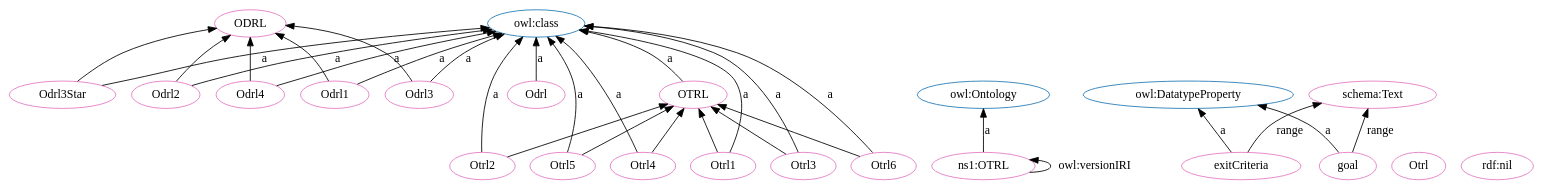
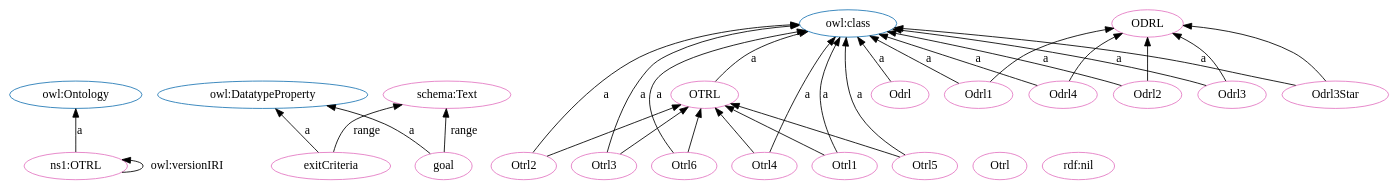
The diagram in OTRL.dot (OPEN-NEXT/OKH-LOSH), drawn with Graphviz before and after one commit. The commit also changed other lines of this file and 16 other files, not shown here.

```diff
--- a/OTRL.dot
+++ b/OTRL.dot
@@ -1,59 +1,59 @@
 digraph G {
   rankdir=BT
   node[height=.3]
-"http://purl.org/oseg/ontologies/OTRL#ODRL" [fillcolor="#1f77b4" color="#1f77b4" label="ODRL"]
-"http://www.w3.org/2002/07/owl#class" [fillcolor="#1f77b4" color="#1f77b4" label="owl:class"]
 "http://www.w3.org/2002/07/owl#Ontology" [fillcolor="#1f77b4" color="#1f77b4" label="owl:Ontology"]
 "http://www.w3.org/2002/07/owl#DatatypeProperty" [fillcolor="#1f77b4" color="#1f77b4" label="owl:DatatypeProperty"]
+"http://www.w3.org/2002/07/owl#class" [fillcolor="#1f77b4" color="#1f77b4" label="owl:class"]
+"http://purl.org/oseg/ontologies/OTRL#ODRL" [fillcolor="#1f77b4" color="#1f77b4" label="ODRL"]
 "http://purl.org/oseg/ontologies/OTRL#OTRL" [fillcolor="#1f77b4" color="#1f77b4" label="OTRL"]
-"http://purl.org/oseg/ontologies/OTRL#Odrl3Star" [fillcolor="#e377c2" color="#e377c2" label="Odrl3Star"]
+"http://purl.org/oseg/ontologies/OTRL#Otrl6" [fillcolor="#e377c2" color="#e377c2" label="Otrl6"]
+"http://purl.org/oseg/ontologies/OTRL#exitCriteria" [fillcolor="#e377c2" color="#e377c2" label="exitCriteria"]
+"http://purl.org/oseg/ontologies/OTRL" [fillcolor="#e377c2" color="#e377c2" label="ns1:OTRL"]
+"http://purl.org/oseg/ontologies/OTRL#Otrl" [fillcolor="#e377c2" color="#e377c2" label="Otrl"]
+"http://purl.org/oseg/ontologies/OTRL#goal" [fillcolor="#e377c2" color="#e377c2" label="goal"]
 "http://purl.org/oseg/ontologies/OTRL#OTRL" [fillcolor="#e377c2" color="#e377c2" label="OTRL"]
+"http://purl.org/oseg/ontologies/OTRL#Otrl4" [fillcolor="#e377c2" color="#e377c2" label="Otrl4"]
+"http://purl.org/oseg/ontologies/OTRL#Odrl1" [fillcolor="#e377c2" color="#e377c2" label="Odrl1"]
+"http://www.w3.org/1999/02/22-rdf-syntax-ns#nil" [fillcolor="#e377c2" color="#e377c2" label="rdf:nil"]
+"http://purl.org/oseg/ontologies/OTRL#Odrl" [fillcolor="#e377c2" color="#e377c2" label="Odrl"]
+"http://purl.org/oseg/ontologies/OTRL#Otrl1" [fillcolor="#e377c2" color="#e377c2" label="Otrl1"]
+"http://purl.org/oseg/ontologies/OTRL#Odrl4" [fillcolor="#e377c2" color="#e377c2" label="Odrl4"]
 "http://purl.org/oseg/ontologies/OTRL#ODRL" [fillcolor="#e377c2" color="#e377c2" label="ODRL"]
-"http://schema.org/Text" [fillcolor="#e377c2" color="#e377c2" label="schema:Text"]
-"http://purl.org/oseg/ontologies/OTRL#Odrl" [fillcolor="#e377c2" color="#e377c2" label="Odrl"]
-"http://purl.org/oseg/ontologies/OTRL#Otrl2" [fillcolor="#e377c2" color="#e377c2" label="Otrl2"]
-"http://purl.org/oseg/ontologies/OTRL#Otrl" [fillcolor="#e377c2" color="#e377c2" label="Otrl"]
-"http://purl.org/oseg/ontologies/OTRL#Odrl2" [fillcolor="#e377c2" color="#e377c2" label="Odrl2"]
-"http://www.w3.org/1999/02/22-rdf-syntax-ns#nil" [fillcolor="#e377c2" color="#e377c2" label="rdf:nil"]
-"http://purl.org/oseg/ontologies/OTRL" [fillcolor="#e377c2" color="#e377c2" label="ns1:OTRL"]
-"http://purl.org/oseg/ontologies/OTRL#Odrl4" [fillcolor="#e377c2" color="#e377c2" label="Odrl4"]
-"http://purl.org/oseg/ontologies/OTRL#Odrl1" [fillcolor="#e377c2" color="#e377c2" label="Odrl1"]
-"http://purl.org/oseg/ontologies/OTRL#exitCriteria" [fillcolor="#e377c2" color="#e377c2" label="exitCriteria"]
 "http://purl.org/oseg/ontologies/OTRL#Odrl3" [fillcolor="#e377c2" color="#e377c2" label="Odrl3"]
 "http://purl.org/oseg/ontologies/OTRL#Otrl5" [fillcolor="#e377c2" color="#e377c2" label="Otrl5"]
-"http://purl.org/oseg/ontologies/OTRL#Otrl4" [fillcolor="#e377c2" color="#e377c2" label="Otrl4"]
-"http://purl.org/oseg/ontologies/OTRL#Otrl1" [fillcolor="#e377c2" color="#e377c2" label="Otrl1"]
+"http://schema.org/Text" [fillcolor="#e377c2" color="#e377c2" label="schema:Text"]
+"http://purl.org/oseg/ontologies/OTRL#Otrl2" [fillcolor="#e377c2" color="#e377c2" label="Otrl2"]
+"http://purl.org/oseg/ontologies/OTRL#Odrl2" [fillcolor="#e377c2" color="#e377c2" label="Odrl2"]
 "http://purl.org/oseg/ontologies/OTRL#Otrl3" [fillcolor="#e377c2" color="#e377c2" label="Otrl3"]
-"http://purl.org/oseg/ontologies/OTRL#goal" [fillcolor="#e377c2" color="#e377c2" label="goal"]
-"http://purl.org/oseg/ontologies/OTRL#Otrl6" [fillcolor="#e377c2" color="#e377c2" label="Otrl6"]
-  "http://purl.org/oseg/ontologies/OTRL#OTRL" -> "http://www.w3.org/2002/07/owl#class" [label="a"]
-  "http://purl.org/oseg/ontologies/OTRL#Odrl1" -> "http://purl.org/oseg/ontologies/OTRL#ODRL" [label=""]
-  "http://purl.org/oseg/ontologies/OTRL#Otrl4" -> "http://purl.org/oseg/ontologies/OTRL#OTRL" [label=""]
-  "http://purl.org/oseg/ontologies/OTRL#Otrl6" -> "http://purl.org/oseg/ontologies/OTRL#OTRL" [label=""]
-  "http://purl.org/oseg/ontologies/OTRL#Otrl2" -> "http://www.w3.org/2002/07/owl#class" [label="a"]
-  "http://purl.org/oseg/ontologies/OTRL#Odrl4" -> "http://purl.org/oseg/ontologies/OTRL#ODRL" [label=""]
+"http://purl.org/oseg/ontologies/OTRL#Odrl3Star" [fillcolor="#e377c2" color="#e377c2" label="Odrl3Star"]
+  "http://purl.org/oseg/ontologies/OTRL#Otrl6" -> "http://www.w3.org/2002/07/owl#class" [label="a"]
+  "http://purl.org/oseg/ontologies/OTRL#exitCriteria" -> "http://www.w3.org/2002/07/owl#DatatypeProperty" [label="a"]
   "http://purl.org/oseg/ontologies/OTRL" -> "http://purl.org/oseg/ontologies/OTRL" [label="owl:versionIRI"]
-  "http://purl.org/oseg/ontologies/OTRL#Odrl4" -> "http://www.w3.org/2002/07/owl#class" [label="a"]
-  "http://purl.org/oseg/ontologies/OTRL#Otrl2" -> "http://purl.org/oseg/ontologies/OTRL#OTRL" [label=""]
+  "http://purl.org/oseg/ontologies/OTRL#goal" -> "http://www.w3.org/2002/07/owl#DatatypeProperty" [label="a"]
   "http://purl.org/oseg/ontologies/OTRL#Otrl4" -> "http://www.w3.org/2002/07/owl#class" [label="a"]
-  "http://purl.org/oseg/ontologies/OTRL#Otrl3" -> "http://www.w3.org/2002/07/owl#class" [label="a"]
-  "http://purl.org/oseg/ontologies/OTRL#Otrl6" -> "http://www.w3.org/2002/07/owl#class" [label="a"]
-  "http://purl.org/oseg/ontologies/OTRL#Odrl3Star" -> "http://www.w3.org/2002/07/owl#class" [label="a"]
-  "http://purl.org/oseg/ontologies/OTRL#goal" -> "http://schema.org/Text" [label="range"]
-  "http://purl.org/oseg/ontologies/OTRL#Odrl2" -> "http://purl.org/oseg/ontologies/OTRL#ODRL" [label=""]
-  "http://purl.org/oseg/ontologies/OTRL#Odrl" -> "http://www.w3.org/2002/07/owl#class" [label="a"]
-  "http://purl.org/oseg/ontologies/OTRL#Odrl2" -> "http://www.w3.org/2002/07/owl#class" [label="a"]
-  "http://purl.org/oseg/ontologies/OTRL#Odrl3" -> "http://purl.org/oseg/ontologies/OTRL#ODRL" [label=""]
-  "http://purl.org/oseg/ontologies/OTRL#Otrl3" -> "http://purl.org/oseg/ontologies/OTRL#OTRL" [label=""]
-  "http://purl.org/oseg/ontologies/OTRL#Odrl1" -> "http://www.w3.org/2002/07/owl#class" [label="a"]
-  "http://purl.org/oseg/ontologies/OTRL#exitCriteria" -> "http://www.w3.org/2002/07/owl#DatatypeProperty" [label="a"]
-  "http://purl.org/oseg/ontologies/OTRL" -> "http://www.w3.org/2002/07/owl#Ontology" [label="a"]
+  "http://purl.org/oseg/ontologies/OTRL#Odrl3Star" -> "http://purl.org/oseg/ontologies/OTRL#ODRL" [label=""]
   "http://purl.org/oseg/ontologies/OTRL#Odrl3" -> "http://www.w3.org/2002/07/owl#class" [label="a"]
   "http://purl.org/oseg/ontologies/OTRL#Otrl5" -> "http://www.w3.org/2002/07/owl#class" [label="a"]
-  "http://purl.org/oseg/ontologies/OTRL#Odrl3Star" -> "http://purl.org/oseg/ontologies/OTRL#ODRL" [label=""]
+  "http://purl.org/oseg/ontologies/OTRL#Odrl2" -> "http://purl.org/oseg/ontologies/OTRL#ODRL" [label=""]
+  "http://purl.org/oseg/ontologies/OTRL" -> "http://www.w3.org/2002/07/owl#Ontology" [label="a"]
+  "http://purl.org/oseg/ontologies/OTRL#Odrl4" -> "http://purl.org/oseg/ontologies/OTRL#ODRL" [label=""]
+  "http://purl.org/oseg/ontologies/OTRL#Odrl3" -> "http://purl.org/oseg/ontologies/OTRL#ODRL" [label=""]
+  "http://purl.org/oseg/ontologies/OTRL#Otrl2" -> "http://www.w3.org/2002/07/owl#class" [label="a"]
+  "http://purl.org/oseg/ontologies/OTRL#Odrl2" -> "http://www.w3.org/2002/07/owl#class" [label="a"]
+  "http://purl.org/oseg/ontologies/OTRL#Otrl3" -> "http://www.w3.org/2002/07/owl#class" [label="a"]
+  "http://purl.org/oseg/ontologies/OTRL#Otrl2" -> "http://purl.org/oseg/ontologies/OTRL#OTRL" [label=""]
+  "http://purl.org/oseg/ontologies/OTRL#Odrl1" -> "http://purl.org/oseg/ontologies/OTRL#ODRL" [label=""]
+  "http://purl.org/oseg/ontologies/OTRL#Otrl1" -> "http://purl.org/oseg/ontologies/OTRL#OTRL" [label=""]
+  "http://purl.org/oseg/ontologies/OTRL#Odrl3Star" -> "http://www.w3.org/2002/07/owl#class" [label="a"]
+  "http://purl.org/oseg/ontologies/OTRL#Otrl3" -> "http://purl.org/oseg/ontologies/OTRL#OTRL" [label=""]
+  "http://purl.org/oseg/ontologies/OTRL#OTRL" -> "http://www.w3.org/2002/07/owl#class" [label="a"]
+  "http://purl.org/oseg/ontologies/OTRL#Odrl1" -> "http://www.w3.org/2002/07/owl#class" [label="a"]
+  "http://purl.org/oseg/ontologies/OTRL#Otrl1" -> "http://www.w3.org/2002/07/owl#class" [label="a"]
+  "http://purl.org/oseg/ontologies/OTRL#Odrl4" -> "http://www.w3.org/2002/07/owl#class" [label="a"]
+  "http://purl.org/oseg/ontologies/OTRL#exitCriteria" -> "http://schema.org/Text" [label="range"]
+  "http://purl.org/oseg/ontologies/OTRL#goal" -> "http://schema.org/Text" [label="range"]
+  "http://purl.org/oseg/ontologies/OTRL#Odrl" -> "http://www.w3.org/2002/07/owl#class" [label="a"]
+  "http://purl.org/oseg/ontologies/OTRL#Otrl6" -> "http://purl.org/oseg/ontologies/OTRL#OTRL" [label=""]
+  "http://purl.org/oseg/ontologies/OTRL#Otrl4" -> "http://purl.org/oseg/ontologies/OTRL#OTRL" [label=""]
   "http://purl.org/oseg/ontologies/OTRL#Otrl5" -> "http://purl.org/oseg/ontologies/OTRL#OTRL" [label=""]
-  "http://purl.org/oseg/ontologies/OTRL#Otrl1" -> "http://www.w3.org/2002/07/owl#class" [label="a"]
-  "http://purl.org/oseg/ontologies/OTRL#goal" -> "http://www.w3.org/2002/07/owl#DatatypeProperty" [label="a"]
-  "http://purl.org/oseg/ontologies/OTRL#exitCriteria" -> "http://schema.org/Text" [label="range"]
-  "http://purl.org/oseg/ontologies/OTRL#Otrl1" -> "http://purl.org/oseg/ontologies/OTRL#OTRL" [label=""]
 }
```
